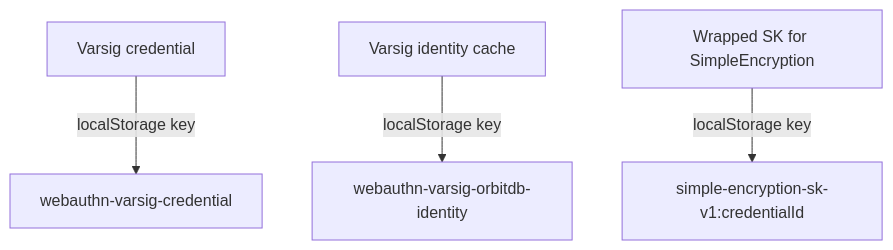
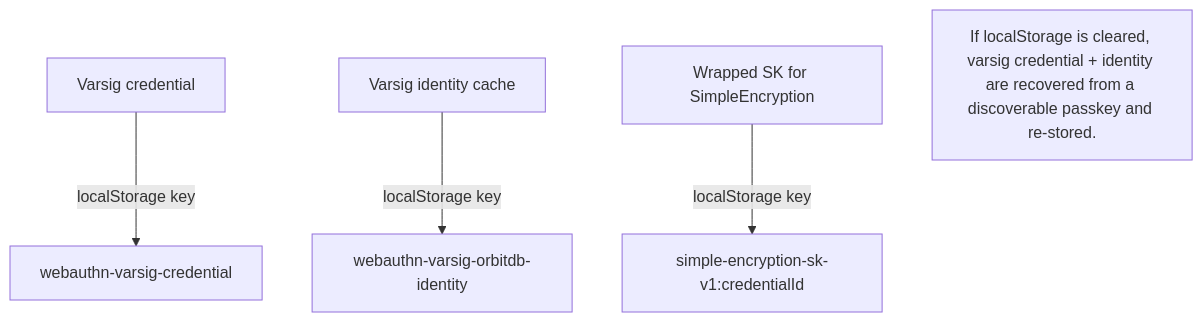
Before and after one commit to NiKrause/simple-todo: the fourth of 4 diagrams in docs/WEBAUTHN_VARSIG_CHANGES.md, drawn with Mermaid. The commit also changed other lines of this file and 12 other files, not shown here.

````diff
--- a/docs/WEBAUTHN_VARSIG_CHANGES.md
+++ b/docs/WEBAUTHN_VARSIG_CHANGES.md
@@ -172,10 +173,11 @@
 ```mermaid
 flowchart TD
   VarsigCred[Varsig credential]
   VarsigId[Varsig identity cache]
   PrfKey[Wrapped SK for SimpleEncryption]
 
   VarsigCred -->|localStorage key| A[webauthn-varsig-credential]
   VarsigId -->|localStorage key| B[webauthn-varsig-orbitdb-identity]
   PrfKey -->|localStorage key| C[simple-encryption-sk-v1:credentialId]
+  Note["If localStorage is cleared, varsig credential + identity are recovered from a discoverable passkey and re-stored."]
 ```
````
